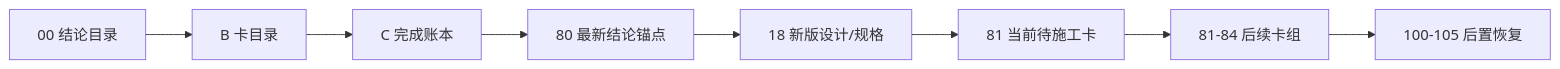
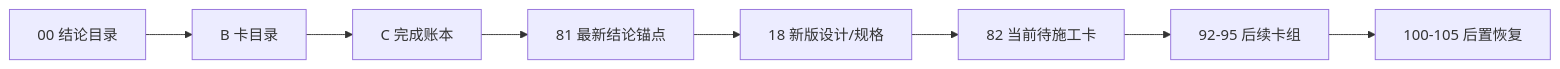
One commit to everything-is-simple/lifespan-0.01 changed the diagram in docs/03-execution/A-execution-reading-order-20260409.md. Above: the diagram before and after it, drawn with Mermaid. The commit also changed other lines of this file and 59 other files, not shown here.

````diff
--- a/docs/03-execution/A-execution-reading-order-20260409.md
+++ b/docs/03-execution/A-execution-reading-order-20260409.md
@@ -26,10 +27,10 @@
 ```mermaid
 flowchart LR
     CONC["00 结论目录"] --> BCAT["B 卡目录"]
     BCAT --> CLED["C 完成账本"]
-    CLED --> ANC["80 最新结论锚点"]
+    CLED --> ANC["81 最新结论锚点"]
     ANC --> DES["18 新版设计/规格"]
-    DES --> G79["81 当前待施工卡"]
-    G79 --> G84["81-84 后续卡组"]
+    DES --> G79["82 当前待施工卡"]
+    G79 --> G84["92-95 后续卡组"]
     G84 --> NEXT["100-105 后置恢复"]
 ```
````
